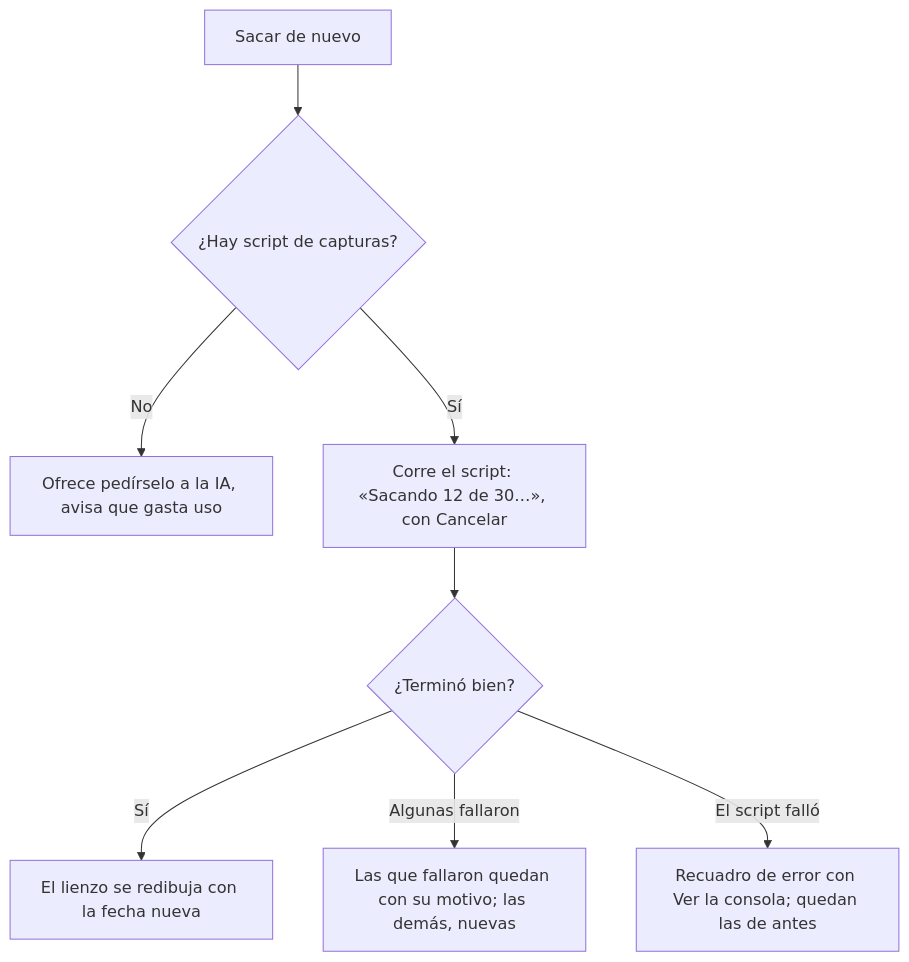
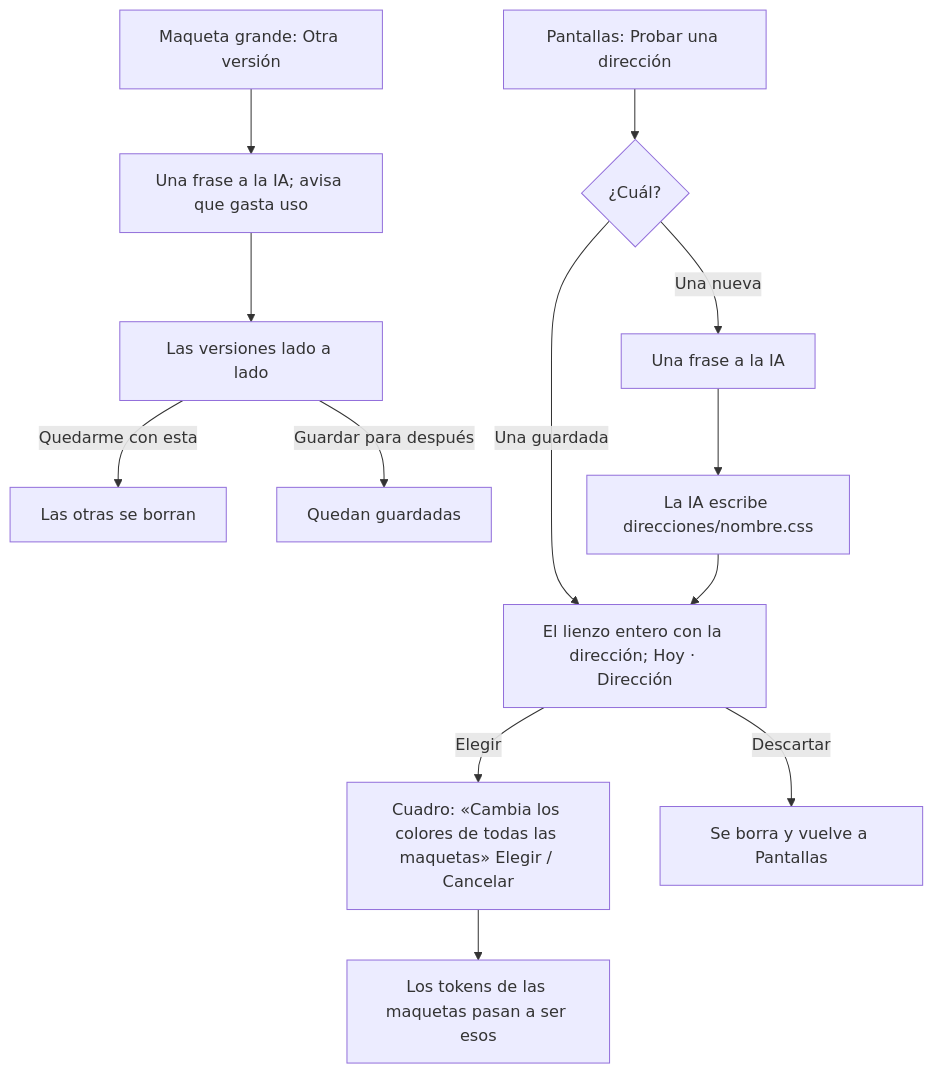
One commit to LlanosLautaro/Iridium changed the second of 3 diagrams in docs/modulos/diseno/ux.md. Above: the diagram before and after it, drawn with Mermaid. The commit also changed other lines of this file and 6 other files, not shown here.

````diff
--- a/docs/modulos/diseno/ux.md
+++ b/docs/modulos/diseno/ux.md
@@ -126,10 +142,11 @@
 ```mermaid
 flowchart TD
-  A[Sacar de nuevo] --> B{¿Hay script de capturas?}
-  B -- No --> C[Ofrece pedírselo a la IA, avisa que gasta uso]
-  B -- Sí --> D[Corre el script: «Sacando 12 de 30…», con Cancelar]
-  D --> E{¿Terminó bien?}
-  E -- Sí --> F[El lienzo se redibuja con la fecha nueva]
-  E -- Algunas fallaron --> G[Las que fallaron quedan con su motivo; las demás, nuevas]
-  E -- El script falló --> H[Recuadro de error con Ver la consola; quedan las de antes]
+  A[Maqueta grande: Otra versión] --> B[Una frase a la IA; avisa que gasta uso] --> C[Las versiones lado a lado]
+  C -- Quedarme con esta --> D[Las otras se borran]
+  C -- Guardar para después --> E[Quedan guardadas]
+  F[Pantallas: Probar una dirección] --> G{¿Cuál?}
+  G -- Una guardada --> I
+  G -- Una nueva --> H[Una frase a la IA] --> H2[La IA escribe direcciones/nombre.css] --> I
+  I[El lienzo entero con la dirección; Hoy · Dirección] -- Elegir --> J[Cuadro: «Cambia los colores de todas las maquetas» Elegir / Cancelar] --> K[Los tokens de las maquetas pasan a ser esos]
+  I -- Descartar --> L[Se borra y vuelve a Pantallas]
 ```
````
